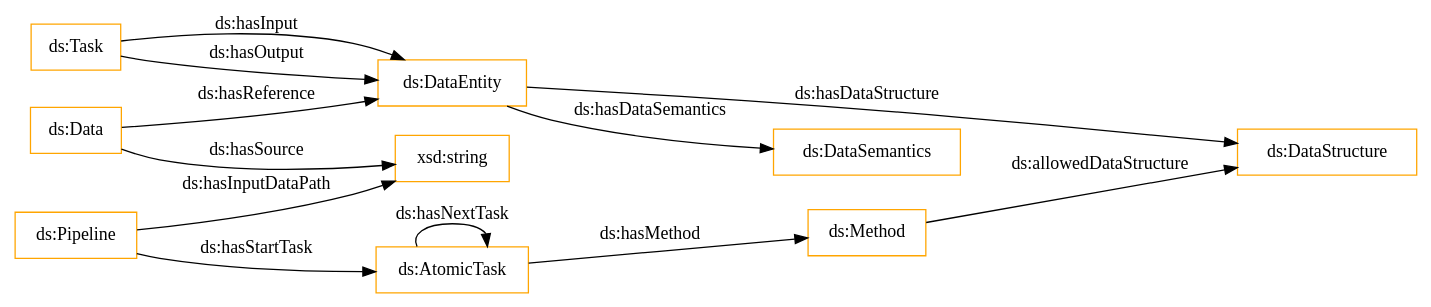
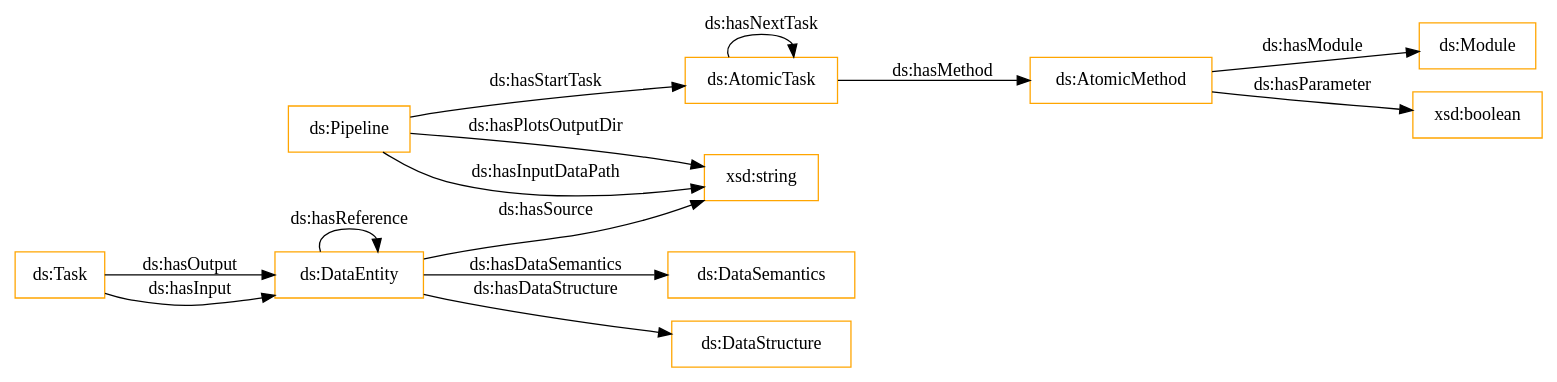
Before and after one commit to nsai-uio/ExeKGOntology: the diagram in OnToology/ds_exeKGOntology.ttl/diagrams/ar2dtool-class/ds_exeKGOntology.ttl.png.dot, drawn with Graphviz. The commit also changed 63 other files, not shown here.

```diff
--- a/OnToology/ds_exeKGOntology.ttl/diagrams/ar2dtool-class/ds_exeKGOntology.ttl.png.dot
+++ b/OnToology/ds_exeKGOntology.ttl/diagrams/ar2dtool-class/ds_exeKGOntology.ttl.png.dot
@@ -1,17 +1,19 @@
 digraph ar2dtool_diagram { 
 rankdir=LR;
 size="1501"
-node [shape = rectangle, color="orange"]; "ds:Data" "ds:Method" "ds:Pipeline" "ds:Task" "ds:DataSemantics" "ds:DataStructure" "ds:AtomicTask" "ds:DataEntity" ; /*classes style*/
+node [shape = rectangle, color="orange"]; "ds:Pipeline" "ds:Task" "ds:DataSemantics" "ds:DataStructure" "ds:AtomicTask" "ds:Module" "ds:DataEntity" "ds:AtomicMethod" ; /*classes style*/
 	"ds:DataEntity" -> "ds:DataSemantics" [ label = "ds:hasDataSemantics" ];
-	"ds:Data" -> "ds:DataEntity" [ label = "ds:hasReference" ];
+	"ds:Pipeline" -> "xsd:string" [ label = "ds:hasPlotsOutputDir" ];
 	"ds:Task" -> "ds:DataEntity" [ label = "ds:hasOutput" ];
-	"ds:Data" -> "xsd:string" [ label = "ds:hasSource" ];
-	"ds:AtomicTask" -> "ds:Method" [ label = "ds:hasMethod" ];
-	"ds:Task" -> "ds:DataEntity" [ label = "ds:hasInput" ];
-	"ds:Method" -> "ds:DataStructure" [ label = "ds:allowedDataStructure" ];
+	"ds:DataEntity" -> "xsd:string" [ label = "ds:hasSource" ];
+	"ds:AtomicTask" -> "ds:AtomicMethod" [ label = "ds:hasMethod" ];
 	"ds:Pipeline" -> "xsd:string" [ label = "ds:hasInputDataPath" ];
-	"ds:AtomicTask" -> "ds:AtomicTask" [ label = "ds:hasNextTask" ];
 	"ds:DataEntity" -> "ds:DataStructure" [ label = "ds:hasDataStructure" ];
 	"ds:Pipeline" -> "ds:AtomicTask" [ label = "ds:hasStartTask" ];
+	"ds:AtomicMethod" -> "ds:Module" [ label = "ds:hasModule" ];
+	"ds:DataEntity" -> "ds:DataEntity" [ label = "ds:hasReference" ];
+	"ds:Task" -> "ds:DataEntity" [ label = "ds:hasInput" ];
+	"ds:AtomicMethod" -> "xsd:boolean" [ label = "ds:hasParameter" ];
+	"ds:AtomicTask" -> "ds:AtomicTask" [ label = "ds:hasNextTask" ];
 
 }
```
